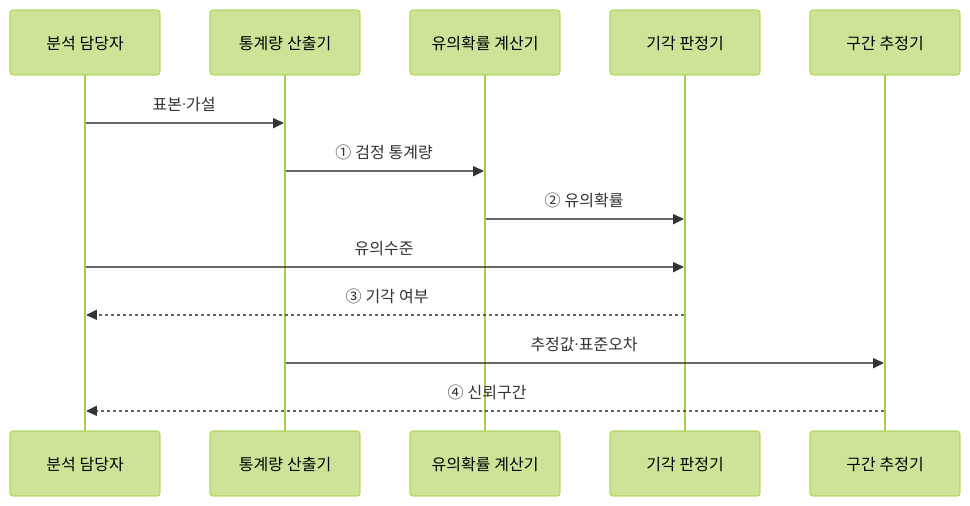
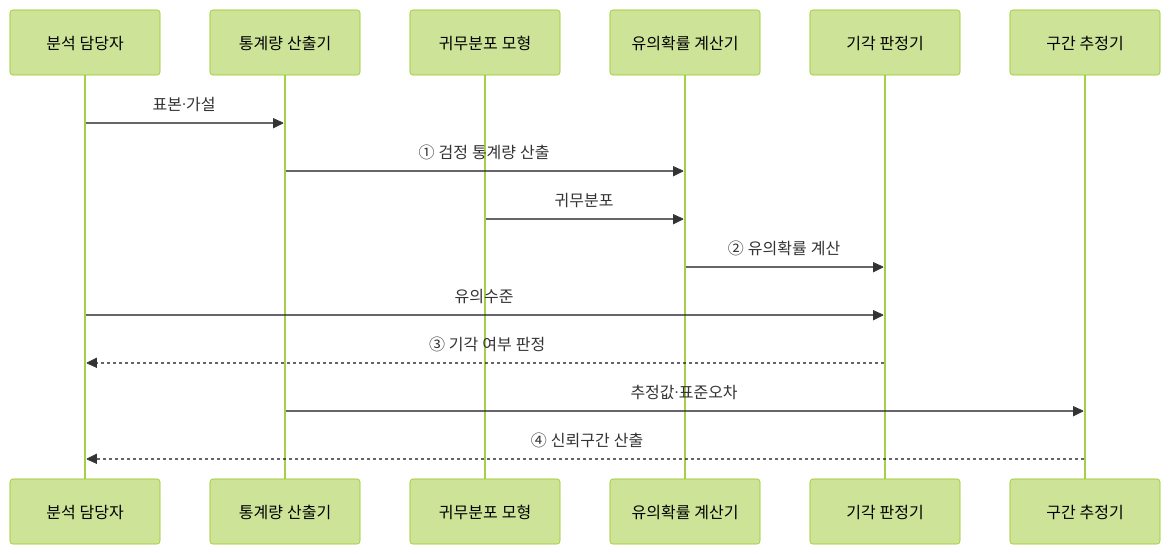
Before and after one commit to agnusdei1207/knowledge-base: the second of 2 diagrams in src/content/docs/notes/01-basic-theory/033_hypothesis_testing.md, drawn with Mermaid (forest theme). The commit also changed other lines of this file and 20 other files, not shown here.

````diff
--- a/src/content/docs/notes/01-basic-theory/033_hypothesis_testing.md
+++ b/src/content/docs/notes/01-basic-theory/033_hypothesis_testing.md
@@ -99,15 +86,17 @@
 ```mermaid
 sequenceDiagram
     participant A as 분석 담당자
     participant T as 통계량 산출기
+    participant N as 귀무분포 모형
     participant P as 유의확률 계산기
     participant J as 기각 판정기
     participant C as 구간 추정기
     A->>T: 표본·가설
-    T->>P: ① 검정 통계량
-    P->>J: ② 유의확률
+    T->>P: ① 검정 통계량 산출
+    N->>P: 귀무분포
+    P->>J: ② 유의확률 계산
     A->>J: 유의수준
-    J-->>A: ③ 기각 여부
+    J-->>A: ③ 기각 여부 판정
     T->>C: 추정값·표준오차
-    C-->>A: ④ 신뢰구간
+    C-->>A: ④ 신뢰구간 산출
 ```
````
